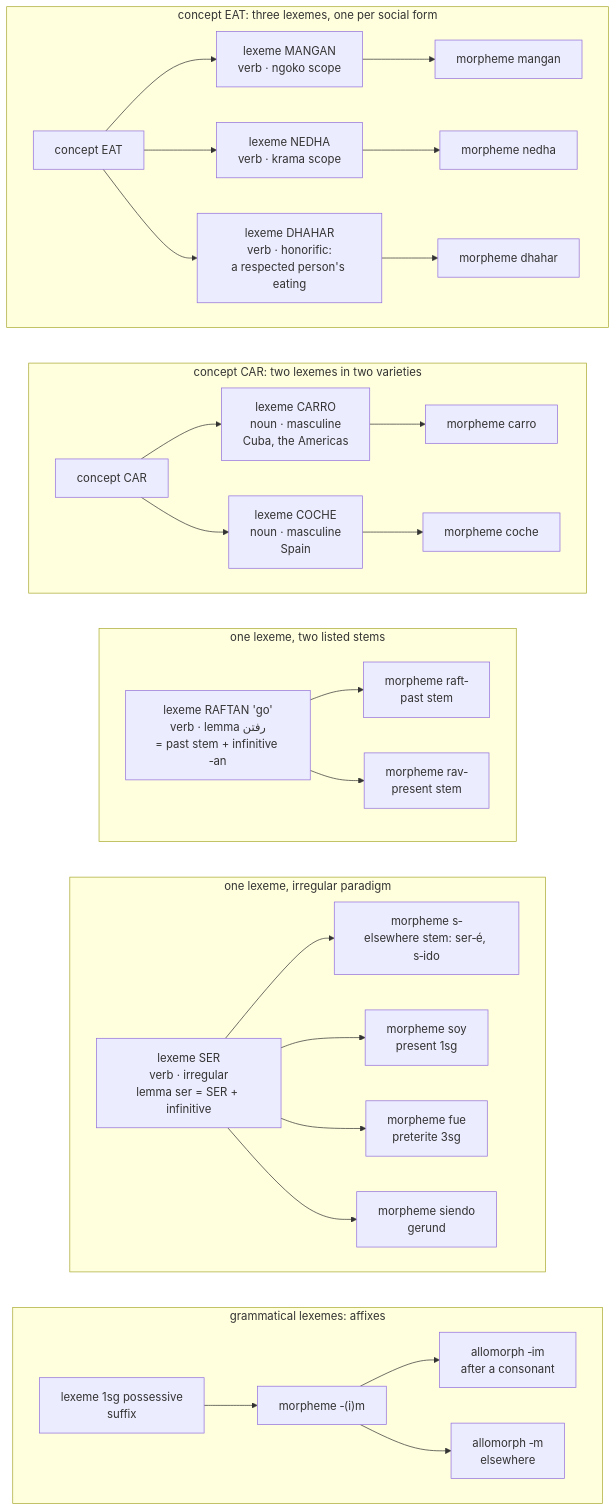
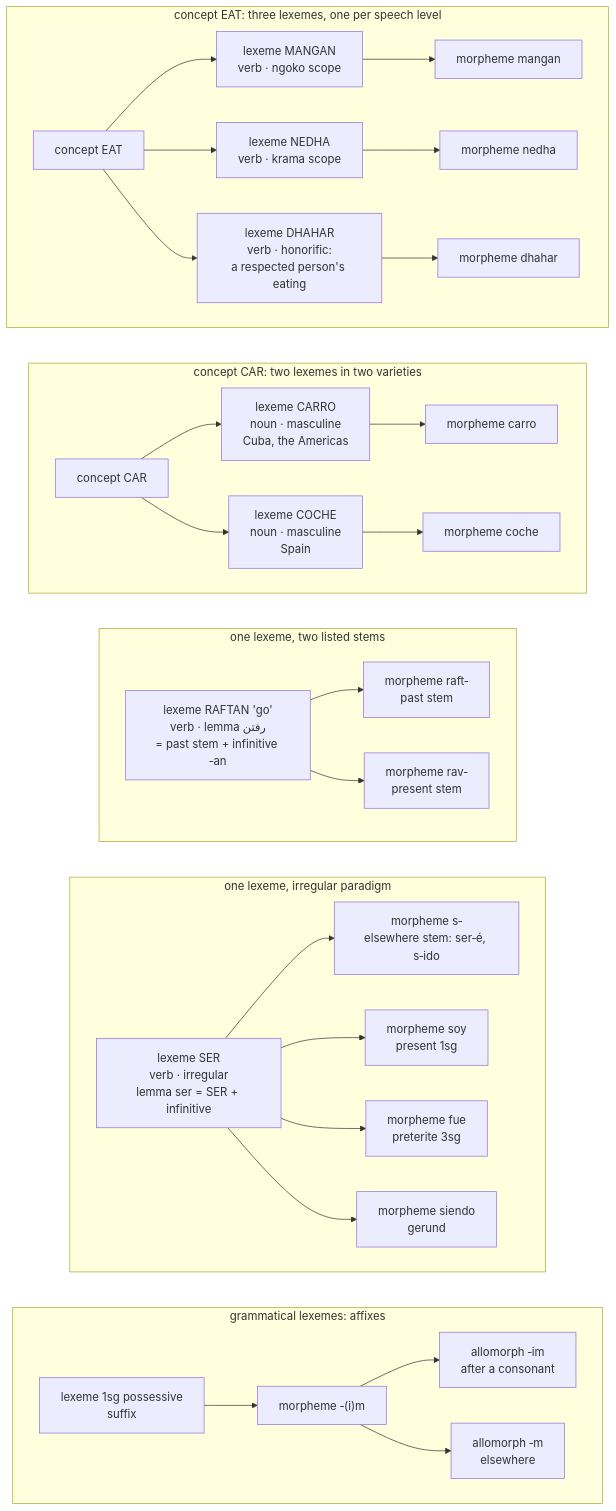
Before and after one commit to iwsfutcmd/nabu: the second of 6 diagrams in docs/lexeme-model.md, drawn with Mermaid. The commit also changed other lines of this file and 1 other file, not shown here.

First line of the commit message:
docs: rename cell to form

````diff
--- a/docs/lexeme-model.md
+++ b/docs/lexeme-model.md
@@ -93,36 +93,36 @@
 ```mermaid
 flowchart TB
-  subgraph EATG["concept EAT: three lexemes, one per social form"]
+  subgraph EATG["concept EAT: three lexemes, one per speech level"]
     direction LR
     C0["concept EAT"] --> L1["lexeme MANGAN<br/>verb · ngoko scope"] --> M1["morpheme mangan"]
     C0 --> L2["lexeme NEDHA<br/>verb · krama scope"] --> M2["morpheme nedha"]
     C0 --> L3["lexeme DHAHAR<br/>verb · honorific:<br/>a respected person's eating"] --> M3["morpheme dhahar"]
   end
   subgraph CARG["concept CAR: two lexemes in two varieties"]
     direction LR
     C1["concept CAR"] --> L7["lexeme CARRO<br/>noun · masculine<br/>Cuba, the Americas"] --> M7["morpheme carro"]
     C1 --> L8["lexeme COCHE<br/>noun · masculine<br/>Spain"] --> M8["morpheme coche"]
   end
   subgraph GOG["one lexeme, two listed stems"]
     direction LR
     L9["lexeme RAFTAN 'go'<br/>verb · lemma رفتن<br/>= past stem + infinitive ‑an"] --> M9a["morpheme raft‑<br/>past stem"]
     L9 --> M9b["morpheme rav‑<br/>present stem"]
   end
   subgraph SERG["one lexeme, irregular paradigm"]
     direction LR
     L4["lexeme SER<br/>verb · irregular<br/>lemma ser = SER + infinitive"] --> M4a["morpheme s‑<br/>elsewhere stem: ser‑é, s‑ido"]
     L4 --> M4b["morpheme soy<br/>present 1sg"]
     L4 --> M4d["morpheme fue<br/>preterite 3sg"]
     L4 --> M4e["morpheme siendo<br/>gerund"]
   end
   subgraph AFFG["grammatical lexemes: affixes"]
     direction LR
     L6["lexeme 1sg possessive<br/>suffix"] --> M6["morpheme ‑(i)m"]
     M6 --> A6a["allomorph ‑im<br/>after a consonant"]
     M6 --> A6b["allomorph ‑m<br/>elsewhere"]
   end
   EATG ~~~ CARG
   CARG ~~~ GOG
   GOG ~~~ SERG
   SERG ~~~ AFFG
 ```
````
